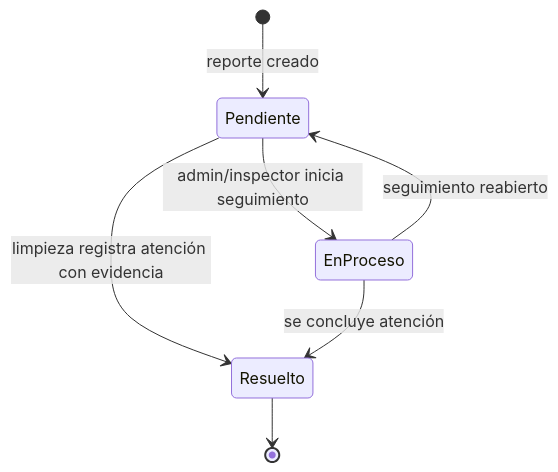
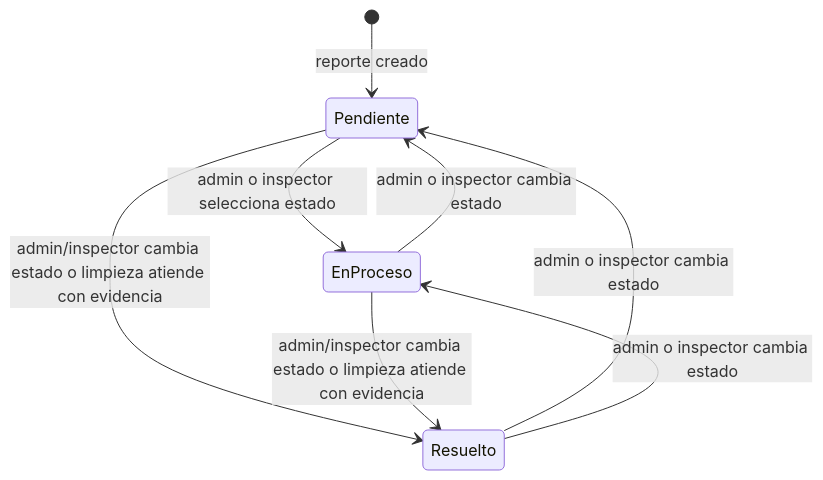
Diagram 11 of 12 in DOCUMENTO_FINAL_UPTEX_RODAGEST.md (DI3G0180/RODAGEST), drawn with Mermaid before and after one commit. The commit also changed other lines of this file and 41 other files, not shown here.

````diff
--- a/DOCUMENTO_FINAL_UPTEX_RODAGEST.md
+++ b/DOCUMENTO_FINAL_UPTEX_RODAGEST.md
@@ -829,9 +1057,10 @@
 ```mermaid
 stateDiagram-v2
   [*] --> Pendiente: reporte creado
-  Pendiente --> EnProceso: admin/inspector inicia seguimiento
-  Pendiente --> Resuelto: limpieza registra atención con evidencia
-  EnProceso --> Resuelto: se concluye atención
-  EnProceso --> Pendiente: seguimiento reabierto
-  Resuelto --> [*]
+  Pendiente --> EnProceso: admin o inspector selecciona estado
+  Pendiente --> Resuelto: admin/inspector cambia estado o limpieza atiende con evidencia
+  EnProceso --> Pendiente: admin o inspector cambia estado
+  EnProceso --> Resuelto: admin/inspector cambia estado o limpieza atiende con evidencia
+  Resuelto --> Pendiente: admin o inspector cambia estado
+  Resuelto --> EnProceso: admin o inspector cambia estado
 ```
````
